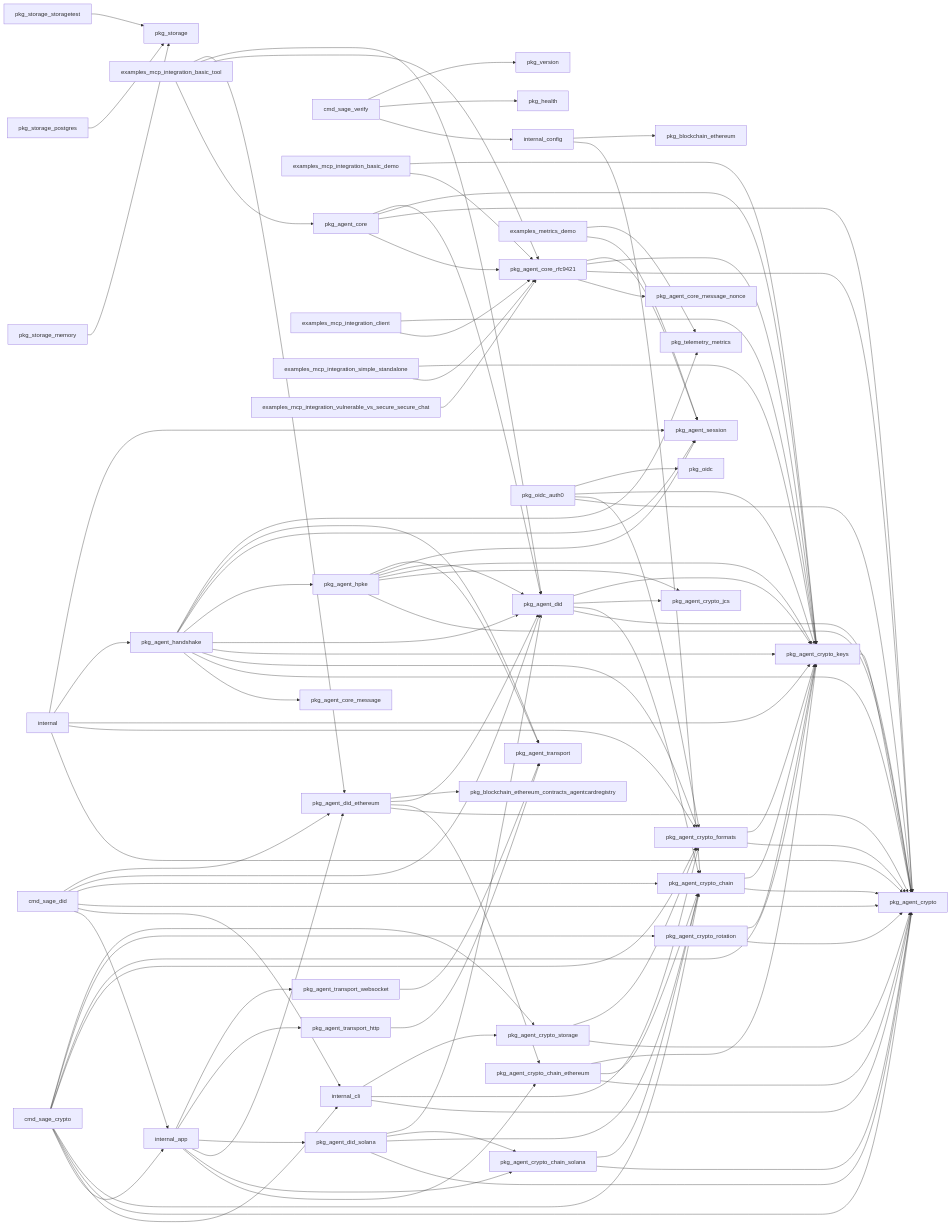
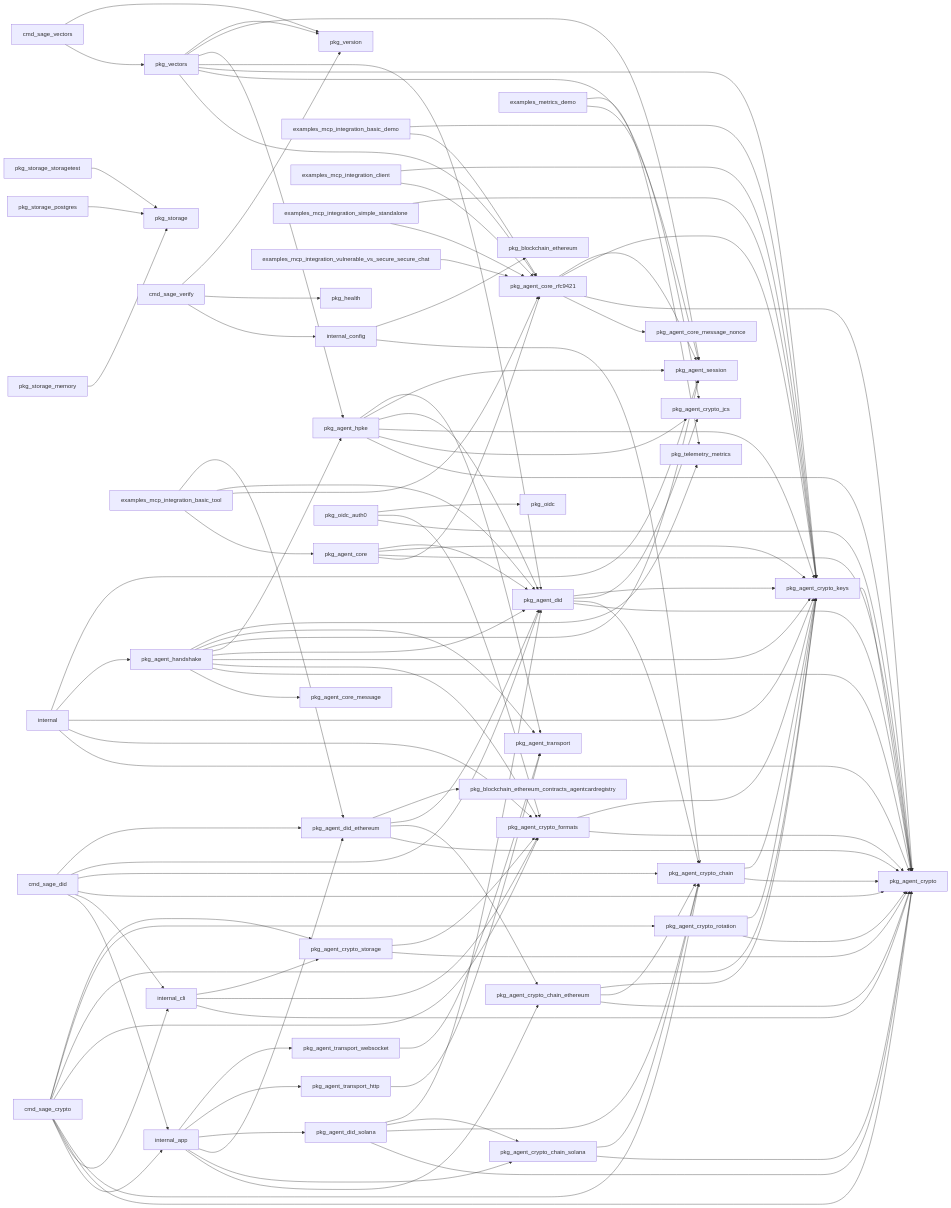
The diagram in docs/refactoring/graph/summary.md (SAGE-X-project/sage), drawn with Mermaid before and after one commit. The commit also changed other lines of this file and 15 other files, not shown here.

````diff
--- a/docs/refactoring/graph/summary.md
+++ b/docs/refactoring/graph/summary.md
@@ -93,6 +95,8 @@
   cmd_sage_did --> pkg_agent_crypto_chain
   cmd_sage_did --> pkg_agent_did
   cmd_sage_did --> pkg_agent_did_ethereum
+  cmd_sage_vectors --> pkg_vectors
+  cmd_sage_vectors --> pkg_version
   cmd_sage_verify --> internal_config
   cmd_sage_verify --> pkg_health
   cmd_sage_verify --> pkg_version
@@ -178,9 +182,15 @@
   pkg_agent_transport_websocket --> pkg_agent_transport
   pkg_oidc_auth0 --> pkg_agent_crypto
   pkg_oidc_auth0 --> pkg_agent_crypto_formats
-  pkg_oidc_auth0 --> pkg_agent_crypto_keys
   pkg_oidc_auth0 --> pkg_oidc
   pkg_storage_memory --> pkg_storage
   pkg_storage_postgres --> pkg_storage
   pkg_storage_storagetest --> pkg_storage
+  pkg_vectors --> pkg_agent_core_rfc9421
+  pkg_vectors --> pkg_agent_crypto_jcs
+  pkg_vectors --> pkg_agent_crypto_keys
+  pkg_vectors --> pkg_agent_did
+  pkg_vectors --> pkg_agent_hpke
+  pkg_vectors --> pkg_agent_session
+  pkg_vectors --> pkg_version
 ```
````
